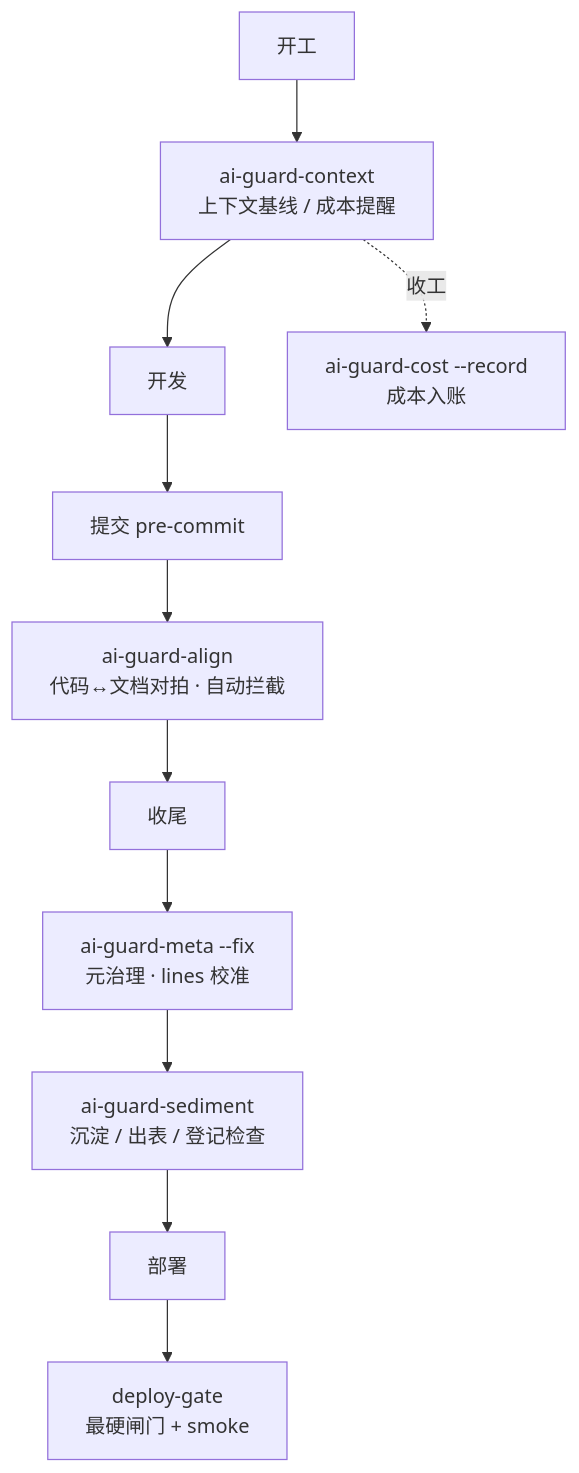
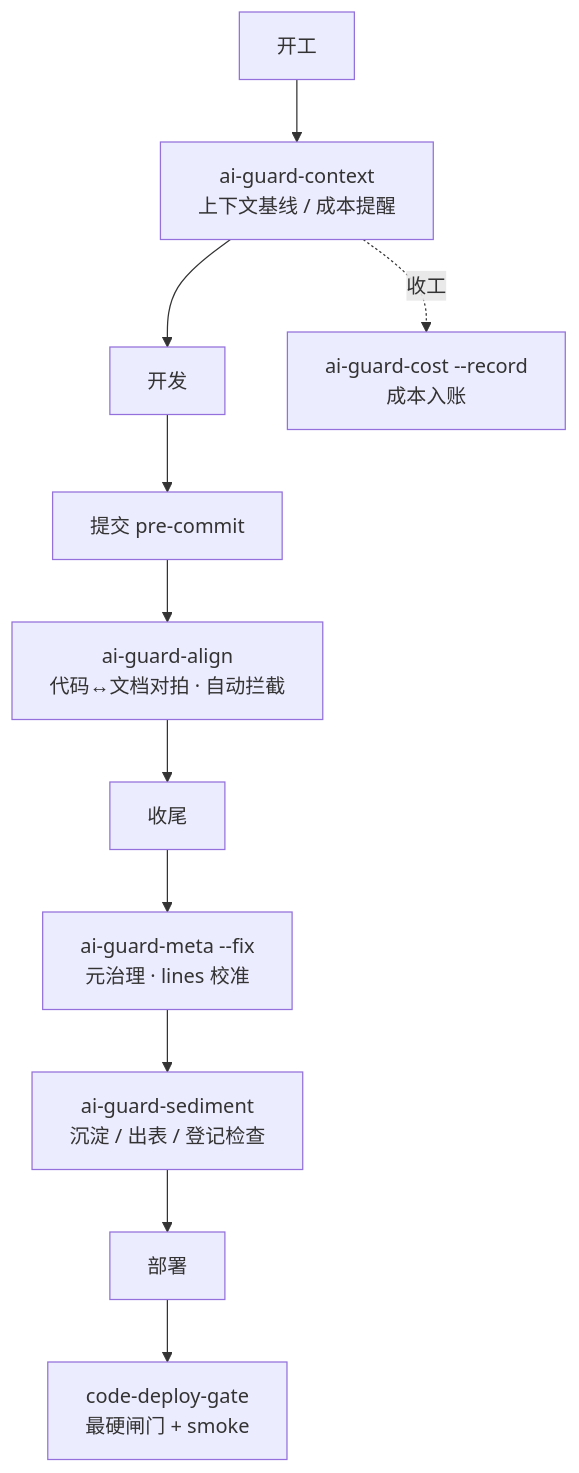
The third of 3 diagrams in .agents/workflow/overview.md (adaios/adaios), drawn with Mermaid before and after one commit. The commit also changed 90 other files, not shown here.

````diff
--- a/.agents/workflow/overview.md
+++ b/.agents/workflow/overview.md
@@ -52,13 +52,13 @@
 ```mermaid
 flowchart TB
     T1["开工"] --> G1["ai-guard-context<br/>上下文基线 / 成本提醒"]
     G1 --> T2["开发"]
     T2 --> T3["提交 pre-commit"]
     T3 --> G2["ai-guard-align<br/>代码↔文档对拍 · 自动拦截"]
     G2 --> T4["收尾"]
     T4 --> G3["ai-guard-meta --fix<br/>元治理 · lines 校准"]
     G3 --> G4["ai-guard-sediment<br/>沉淀 / 出表 / 登记检查"]
     G4 --> T5["部署"]
-    T5 --> G5["deploy-gate<br/>最硬闸门 + smoke"]
+    T5 --> G5["code-deploy-gate<br/>最硬闸门 + smoke"]
     G1 -. 收工 .-> G6["ai-guard-cost --record<br/>成本入账"]
 ```
````
